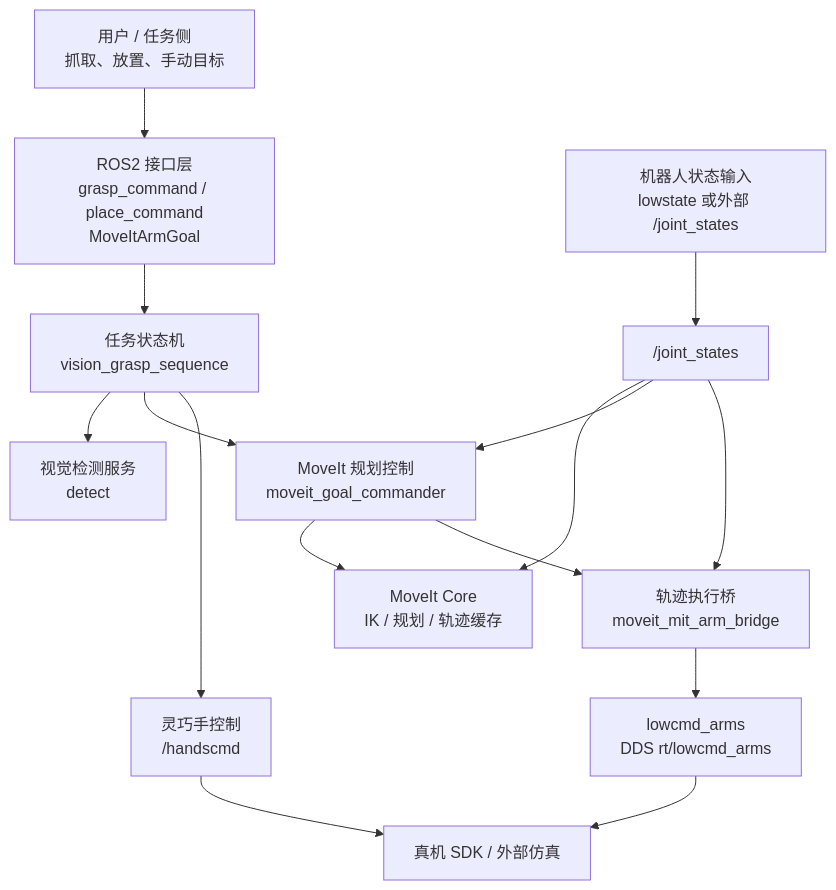
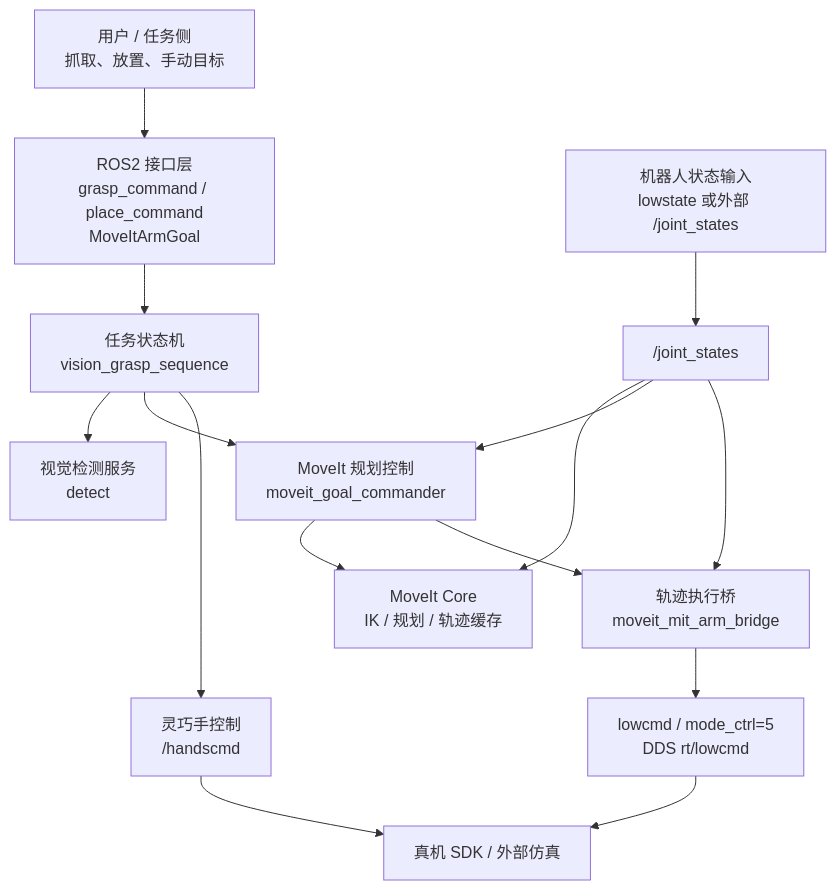
One commit to qi-robotics/qiling_carry_box changed the first of 5 diagrams in src/qiling_s4/PROJECT_DIAGRAMS.md. Above: the diagram before and after it, drawn with Mermaid. The commit also changed other lines of this file and 14 other files, not shown here.

````diff
--- a/src/qiling_s4/PROJECT_DIAGRAMS.md
+++ b/src/qiling_s4/PROJECT_DIAGRAMS.md
@@ -7,21 +7,21 @@
 ```mermaid
 flowchart TB
     User["用户 / 任务侧<br/>抓取、放置、手动目标"] --> Interface["ROS2 接口层<br/>grasp_command / place_command<br/>MoveItArmGoal"]
 
     Interface --> Task["任务状态机<br/>vision_grasp_sequence"]
     Task --> Vision["视觉检测服务<br/>detect"]
     Task --> Planner["MoveIt 规划控制<br/>moveit_goal_commander"]
     Task --> Hand["灵巧手控制<br/>/handscmd"]
 
     Planner --> MoveIt["MoveIt Core<br/>IK / 规划 / 轨迹缓存"]
     Planner --> Bridge["轨迹执行桥<br/>moveit_mit_arm_bridge"]
 
     State["机器人状态输入<br/>lowstate 或外部 /joint_states"] --> JointState["/joint_states"]
     JointState --> MoveIt
     JointState --> Planner
     JointState --> Bridge
 
-    Bridge --> LowCmd["lowcmd_arms<br/>DDS rt/lowcmd_arms"]
+    Bridge --> LowCmd["lowcmd / mode_ctrl=5<br/>DDS rt/lowcmd"]
     LowCmd --> Robot["真机 SDK / 外部仿真"]
     Hand --> Robot
 ```
````
